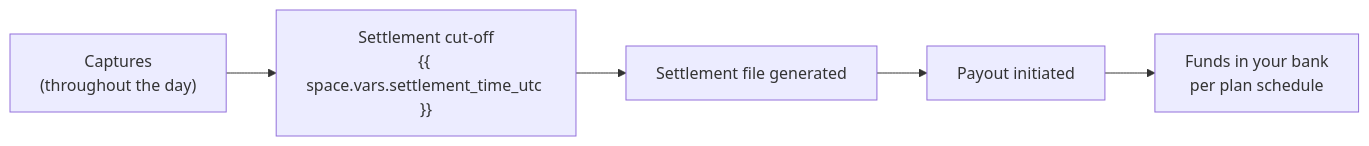
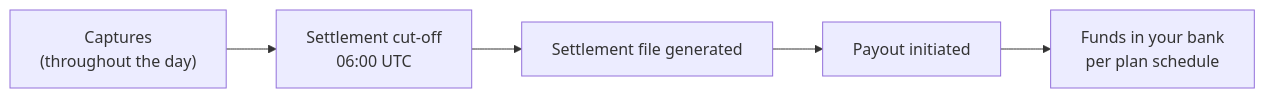
The diagram in products/payments/reconciliation/README.md (GitbookIO/evolve-demo), drawn with Mermaid before and after one commit. The commit also changed other lines of this file and 22 other files, not shown here.

````diff
--- a/products/payments/reconciliation/README.md
+++ b/products/payments/reconciliation/README.md
@@ -18,7 +18,7 @@
 ```mermaid
 flowchart LR
-    A["Captures<br>(throughout the day)"] --> B["Settlement cut-off<br>{{ space.vars.settlement_time_utc }}"]
+    A["Captures<br>(throughout the day)"] --> B["Settlement cut-off<br>06:00 UTC"]
     B --> C[Settlement file generated]
     C --> D[Payout initiated]
     D --> E[Funds in your bank<br>per plan schedule]
 ```
````
